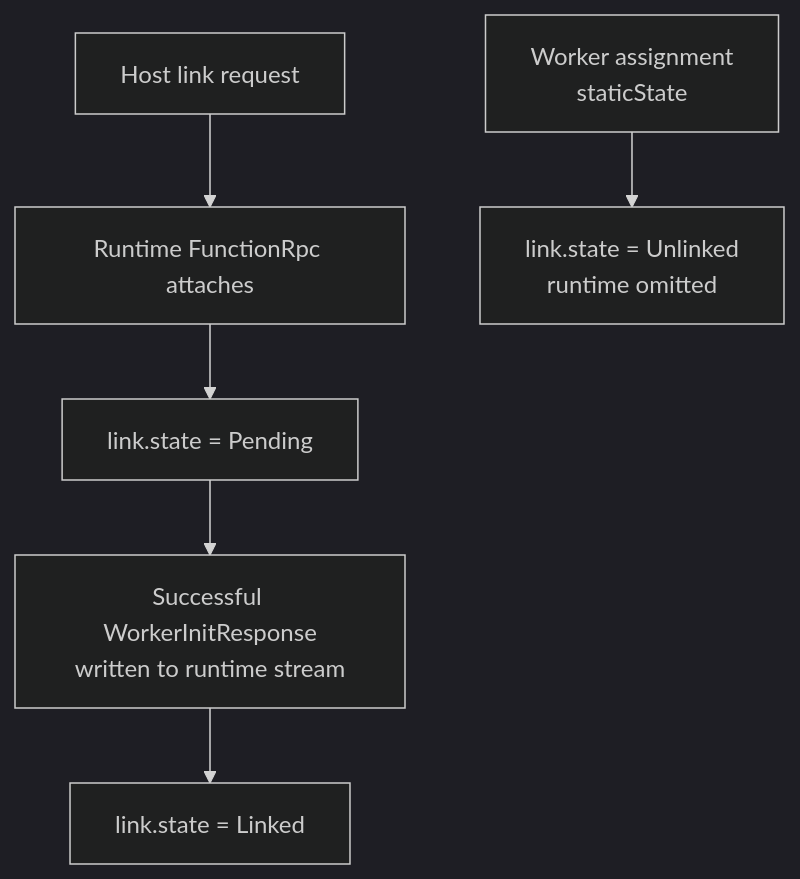
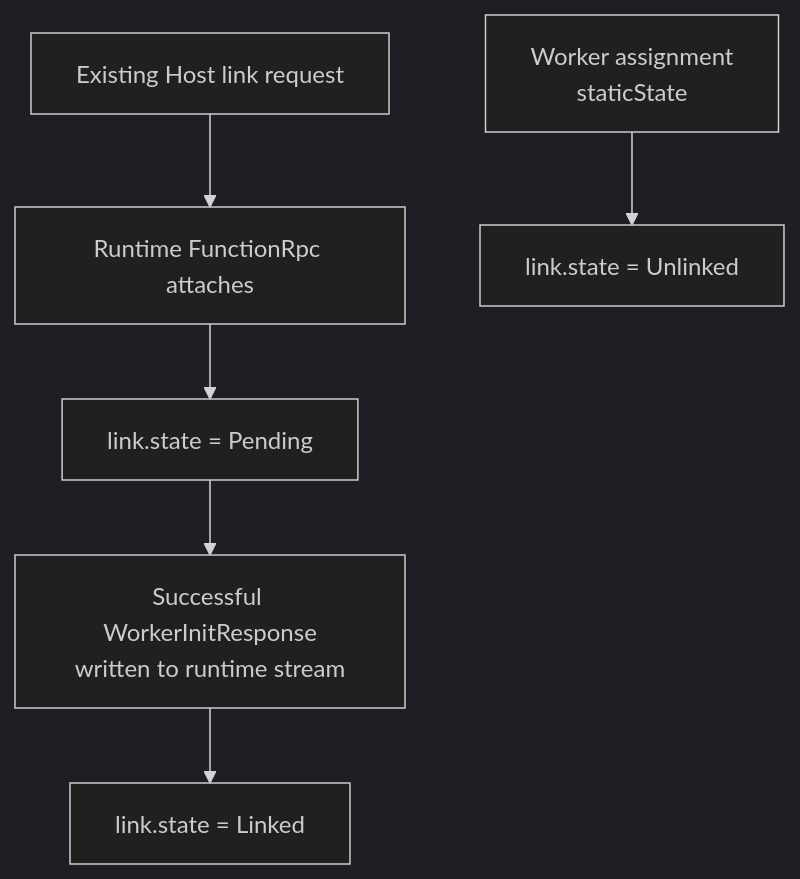
Before and after one commit to Azure/azure-functions-host: the third of 4 diagrams in tools/ComputeSeparation/BYOCSplitWorkerSignals.md, drawn with Mermaid (dark theme). The commit also changed other lines of this file, not shown here.

First line of the commit message:
Detach WorkerProxy signals from link headroom

````diff
--- a/tools/ComputeSeparation/BYOCSplitWorkerSignals.md
+++ b/tools/ComputeSeparation/BYOCSplitWorkerSignals.md
@@ -69,16 +59,16 @@
 ```mermaid
 flowchart TD
     Static["Worker assignment<br/>staticState"]
-    Runtime["Host link request"]
+    HostLink["Existing Host link request"]
     Attach["Runtime FunctionRpc attaches"]
     Init["Successful WorkerInitResponse<br/>written to runtime stream"]
-    Unlinked["link.state = Unlinked<br/>runtime omitted"]
+    Unlinked["link.state = Unlinked"]
     Pending["link.state = Pending"]
     Linked["link.state = Linked"]
 
     Static --> Unlinked
-    Runtime --> Attach
+    HostLink --> Attach
     Attach --> Pending
     Pending --> Init
     Init --> Linked
 ```
````
